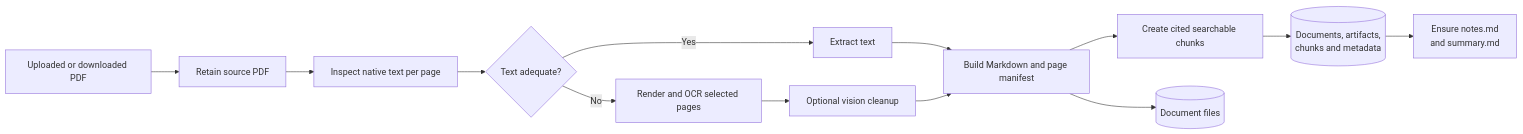
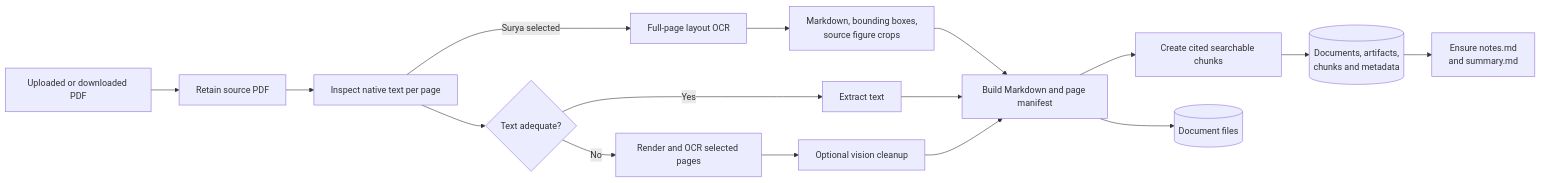
Before and after one commit to giridharmunagala/scholarweave: diagram 14 of 16 in docs/architecture.md, drawn with Mermaid. The commit also changed other lines of this file and 260 other files, not shown here.

````diff
--- a/docs/architecture.md
+++ b/docs/architecture.md
@@ -1062,15 +1220,18 @@
 ```mermaid
 flowchart LR
     Input[Uploaded or downloaded PDF] --> Source[Retain source PDF]
     Source --> Inspect[Inspect native text per page]
+    Inspect -->|Surya selected| Layout[Full-page layout OCR]
+    Layout --> Figures[Markdown, bounding boxes,<br/>source figure crops]
+    Figures --> Format
     Inspect --> Decision{Text adequate?}
     Decision -->|Yes| Extract[Extract text]
     Decision -->|No| OCR[Render and OCR selected pages]
     OCR --> Vision[Optional vision cleanup]
     Extract --> Format[Build Markdown and page manifest]
     Vision --> Format
     Format --> Chunks[Create cited searchable chunks]
     Chunks --> DB[(Documents, artifacts,<br/>chunks and metadata)]
     Format --> Files[(Document files)]
     DB --> Workspace[Ensure notes.md<br/>and summary.md]
 ```
````
